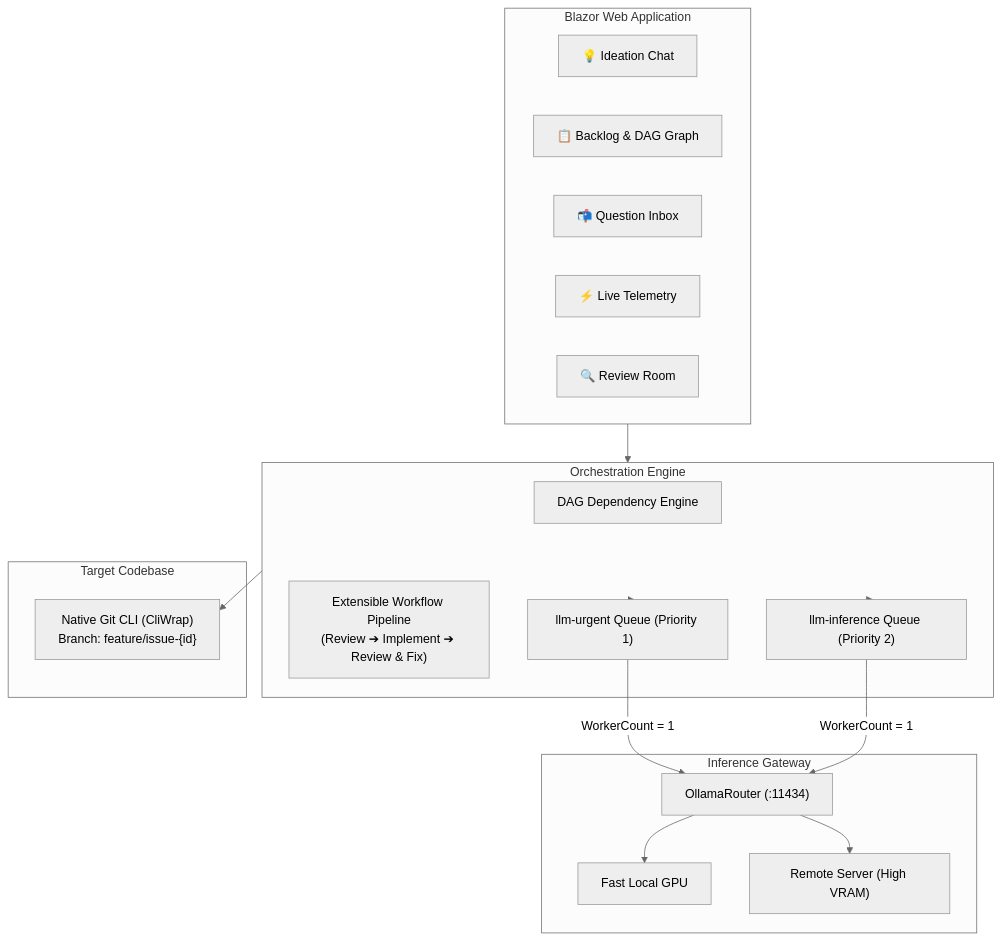
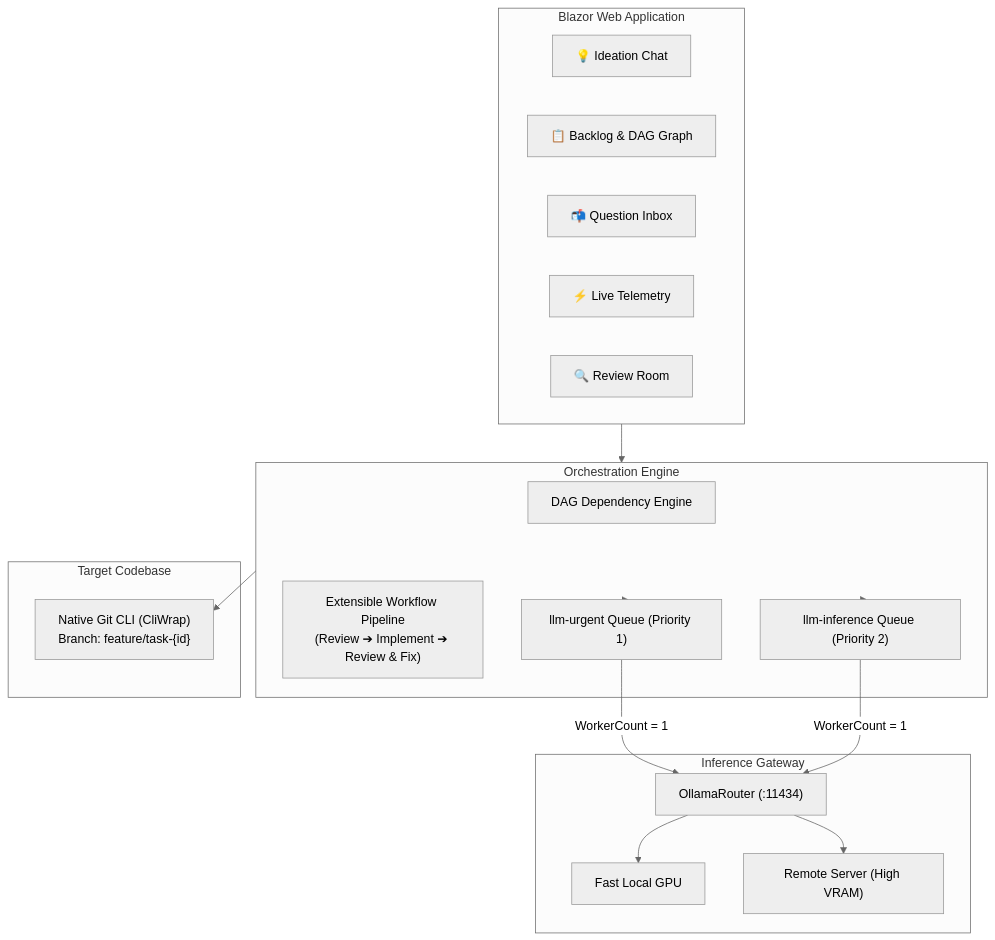
Before and after one commit to jetelain/NightCodeForge: the diagram in README.md, drawn with Mermaid (neutral theme). The commit also changed other lines of this file and 151 other files, not shown here.

Commit message:
Issue -> Task

````diff
--- a/README.md
+++ b/README.md
@@ -79,36 +79,36 @@
 ```mermaid
 flowchart TD
     subgraph UI ["Blazor Web Application"]
         Ideation["💡 Ideation Chat"]
         Backlog["📋 Backlog & DAG Graph"]
         Inbox["📬 Question Inbox"]
         Monitor["⚡ Live Telemetry"]
         Review["🔍 Review Room"]
     end
 
     subgraph Core ["Orchestration Engine"]
         DepEngine["DAG Dependency Engine"]
         Pipeline["Extensible Workflow Pipeline\n(Review ➔ Implement ➔ Review & Fix)"]
         HangfireUrgent["llm-urgent Queue (Priority 1)"]
         HangfireStandard["llm-inference Queue (Priority 2)"]
     end
 
     subgraph Router ["Inference Gateway"]
         OllamaRouter["OllamaRouter (:11434)"]
         LocalGPU["Fast Local GPU"]
         RemoteServer["Remote Server (High VRAM)"]
     end
 
     subgraph Workspace ["Target Codebase"]
-        GitCli["Native Git CLI (CliWrap)\nBranch: feature/issue-{id}"]
+        GitCli["Native Git CLI (CliWrap)\nBranch: feature/task-{id}"]
     end
 
     UI --> Core
     Core --> HangfireUrgent
     Core --> HangfireStandard
     HangfireUrgent -->|WorkerCount = 1| OllamaRouter
     HangfireStandard -->|WorkerCount = 1| OllamaRouter
     OllamaRouter --> LocalGPU
     OllamaRouter --> RemoteServer
     Core --> GitCli
 ```
````
